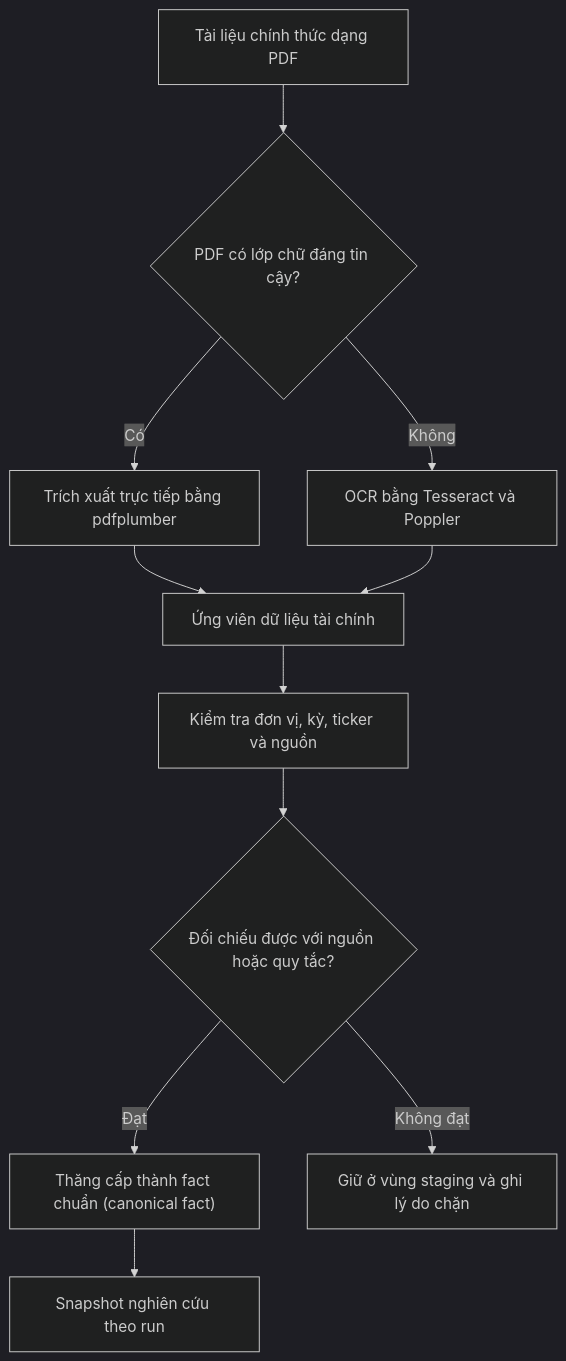
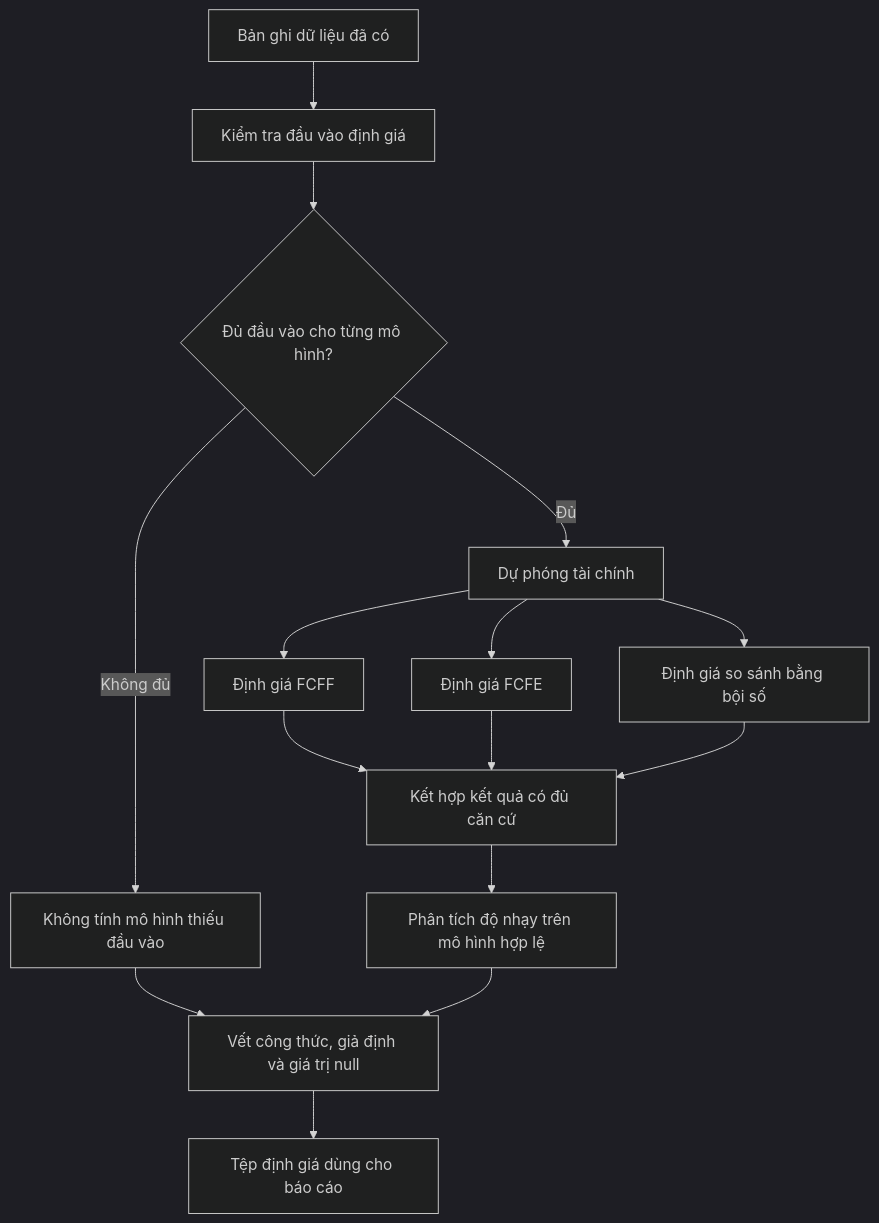
Before and after one commit to haubelerche/equity-research-system: the fifth of 9 diagrams in docs/SEQUENCE.md, drawn with Mermaid (dark theme). The commit also changed other lines of this file and 122 other files, not shown here.

````diff
--- a/docs/SEQUENCE.md
+++ b/docs/SEQUENCE.md
@@ -207,24 +147,27 @@
 ```mermaid
 flowchart TD
-    A["Tài liệu chính thức dạng PDF"]
-    B{"PDF có lớp chữ đáng tin cậy?"}
-    C["Trích xuất trực tiếp bằng pdfplumber"]
-    D["OCR bằng Tesseract và Poppler"]
-    E["Ứng viên dữ liệu tài chính"]
-    F["Kiểm tra đơn vị, kỳ, ticker và nguồn"]
-    G{"Đối chiếu được với nguồn hoặc quy tắc?"}
-    H["Thăng cấp thành fact chuẩn (canonical fact)"]
-    I["Giữ ở vùng staging và ghi lý do chặn"]
-    J["Snapshot nghiên cứu theo run"]
+    A["Bản ghi dữ liệu đã có"]
+    B["Kiểm tra đầu vào định giá"]
+    C{"Đủ đầu vào cho từng mô hình?"}
+    D["Dự phóng tài chính"]
+    E["Định giá FCFF"]
+    F["Định giá FCFE"]
+    G["Định giá so sánh bằng bội số"]
+    H["Không tính mô hình thiếu đầu vào"]
+    I["Kết hợp kết quả có đủ căn cứ"]
+    J["Phân tích độ nhạy trên mô hình hợp lệ"]
+    K["Vết công thức, giả định và giá trị null"]
+    L["Tệp định giá dùng cho báo cáo"]
 
-    A --> B
-    B -- "Có" --> C
-    B -- "Không" --> D
-    C --> E
+    A --> B --> C
+    C -->|"Đủ"| D
     D --> E
-    E --> F
-    F --> G
-    G -- "Đạt" --> H
-    G -- "Không đạt" --> I
-    H --> J
+    D --> F
+    D --> G
+    C -->|"Không đủ"| H
+    E --> I
+    F --> I
+    G --> I
+    H --> K
+    I --> J --> K --> L
 ```
````
